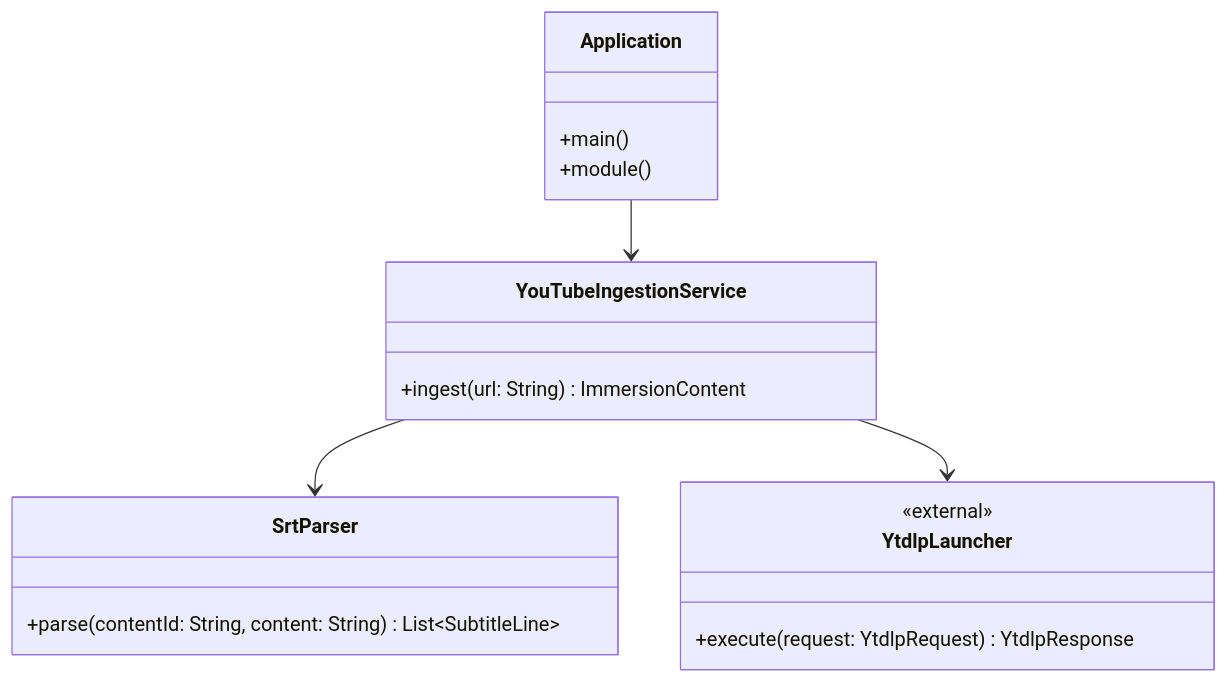
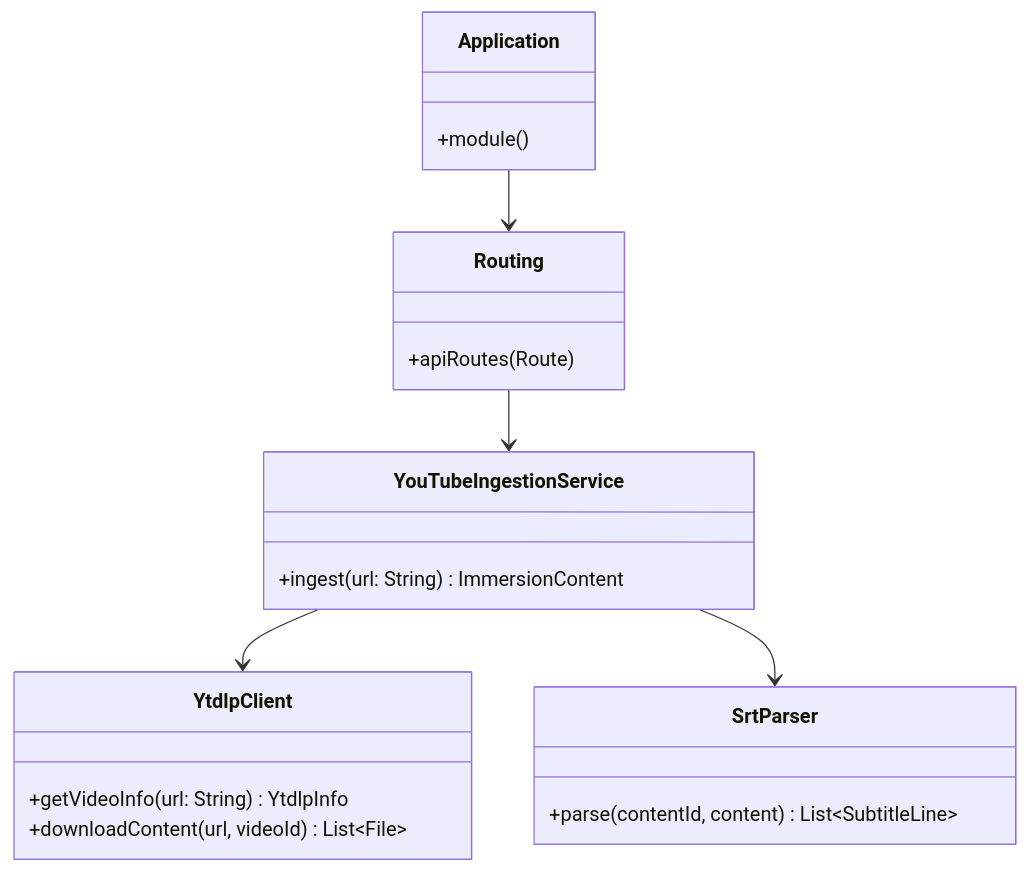
Before and after one commit to ursusandwolf/langkraft: the first of 2 diagrams in docs/UML.md, drawn with Mermaid. The commit also changed other lines of this file and 68 other files, not shown here.

````diff
--- a/docs/UML.md
+++ b/docs/UML.md
@@ -5,21 +5,24 @@
 ```mermaid
 classDiagram
     class Application {
-        +main()
         +module()
+    }
+    class Routing {
+        +apiRoutes(Route)
     }
     class YouTubeIngestionService {
         +ingest(url: String) ImmersionContent
     }
+    class YtdlpClient {
+        +getVideoInfo(url: String) YtdlpInfo
+        +downloadContent(url, videoId) List~File~
+    }
     class SrtParser {
-        +parse(contentId: String, content: String) List~SubtitleLine~
-    }
-    class YtdlpLauncher {
-        <<external>>
-        +execute(request: YtdlpRequest) YtdlpResponse
+        +parse(contentId, content) List~SubtitleLine~
     }
 
-    Application --> YouTubeIngestionService
+    Application --> Routing
+    Routing --> YouTubeIngestionService
+    YouTubeIngestionService --> YtdlpClient
     YouTubeIngestionService --> SrtParser
-    YouTubeIngestionService --> YtdlpLauncher
 ```
````
